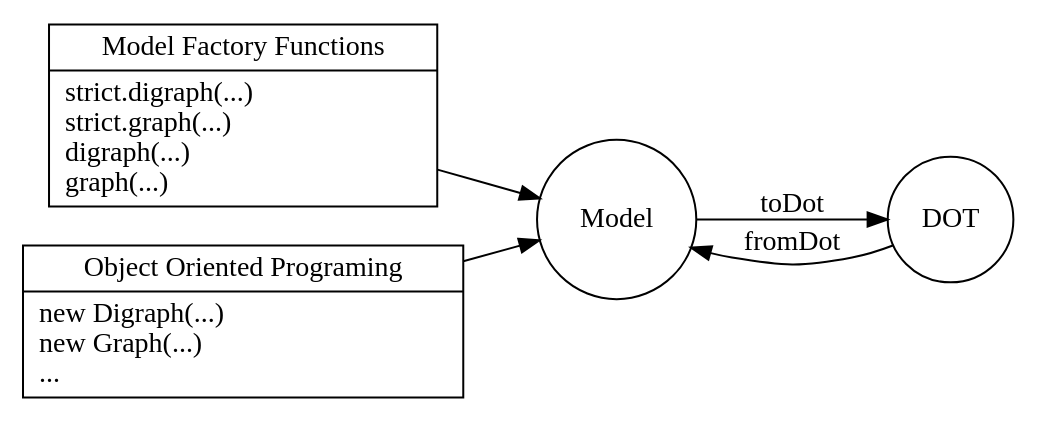
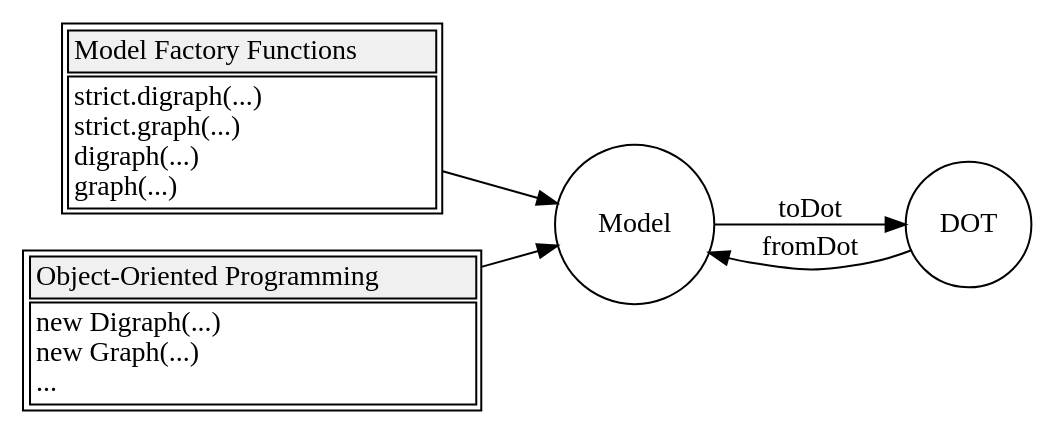
One commit to ts-graphviz/ts-graphviz changed the diagram in media/ts-graphviz.dot. Above: the diagram before and after it, drawn with Graphviz. The commit also changed 20 other files, not shown here.

```diff
--- a/media/ts-graphviz.dot
+++ b/media/ts-graphviz.dot
@@ -1,21 +1,21 @@
-digraph state_machine {
-  rankdir = LR;
-  node [ shape = circle ]
-
-  // { rank = same; factory_fn; Model; DOT; }
-
-  factory_fn [
-    shape = record,
-    label = "{{Model Factory Functions | strict.digraph(...)\lstrict.graph(...)\ldigraph(...)\lgraph(...)\l}}"
-  ]
-
-  oop [
-    shape = record,
-    label = "{{Object Oriented Programing | new Digraph(...)\lnew Graph(...)\l...\l}}"
-  ]
-
-  {factory_fn, oop} -> Model;
-
-  Model -> DOT [ label = "toDot" ]
-  DOT -> Model [ label = "fromDot" ]
+digraph {
+  rankdir = "LR";
+  node [
+    shape = "circle";
+  ];
+  "factory_fn" [
+    shape = "plain";
+    label = <<TABLE><TR><TD BGCOLOR="#f0f0f0" ALIGN="CENTER">Model Factory Functions</TD></TR><TR><TD PORT="description" ALIGN="LEFT">strict.digraph(...)<BR ALIGN="LEFT"></BR>strict.graph(...)<BR ALIGN="LEFT"></BR>digraph(...)<BR ALIGN="LEFT"></BR>graph(...)<BR ALIGN="LEFT"></BR></TD></TR></TABLE>>;
+  ];
+  "oop" [
+    shape = "plain";
+    label = <<TABLE><TR><TD BGCOLOR="#f0f0f0" ALIGN="CENTER">Object-Oriented Programming</TD></TR><TR><TD PORT="description" ALIGN="LEFT">new Digraph(...)<BR ALIGN="LEFT"></BR>new Graph(...)<BR ALIGN="LEFT"></BR>...<BR ALIGN="LEFT"></BR></TD></TR></TABLE>>;
+  ];
+  {"factory_fn" "oop"} -> "Model";
+  "Model" -> "DOT" [
+    label = "toDot";
+  ];
+  "DOT" -> "Model" [
+    label = "fromDot";
+  ];
 }
```
